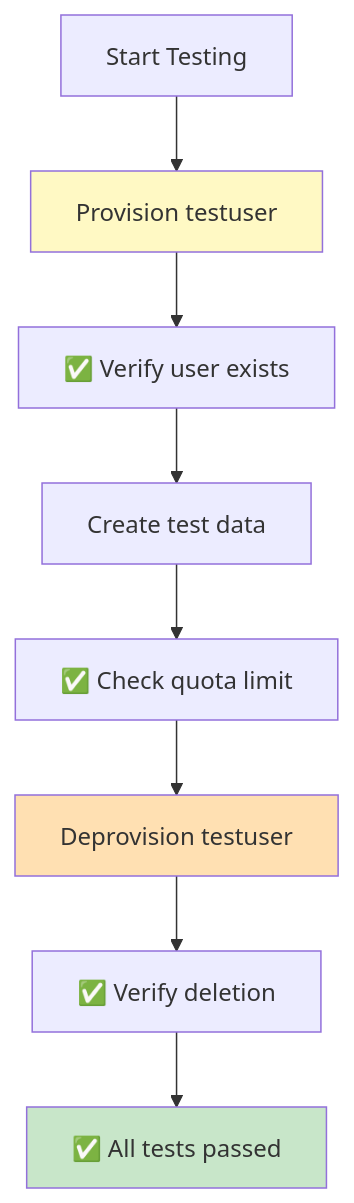
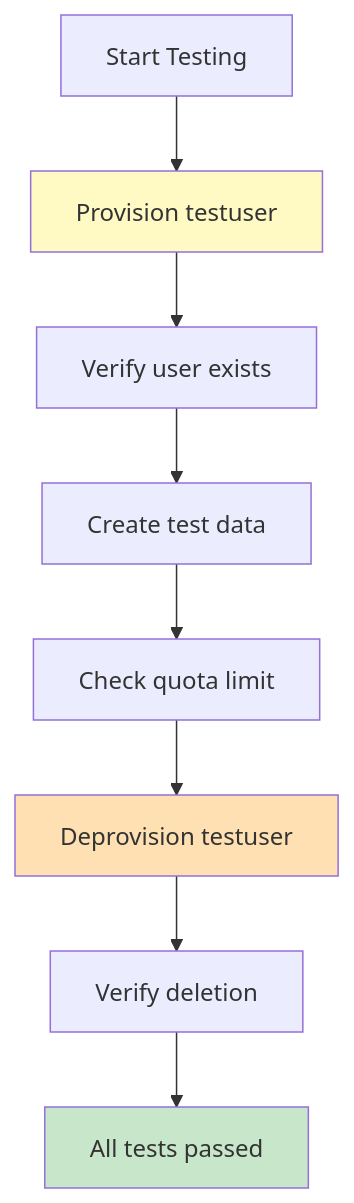
The fifth of 5 diagrams in README.md (aaronwittchen/Automated-Storage-Provisioning-Tool), drawn with Mermaid before and after one commit. The commit also changed other lines of this file and 5 other files, not shown here.

````diff
--- a/README.md
+++ b/README.md
@@ -458,14 +458,14 @@
 ```mermaid
 graph TD
     A["Start Testing"] --> B["Provision testuser"]
-    B --> C["✅ Verify user exists"]
+    B --> C["Verify user exists"]
     C --> D["Create test data"]
-    D --> E["✅ Check quota limit"]
+    D --> E["Check quota limit"]
     E --> F["Deprovision testuser"]
-    F --> G["✅ Verify deletion"]
-    G --> H["✅ All tests passed"]
+    F --> G["Verify deletion"]
+    G --> H["All tests passed"]
     
     style H fill:#c8e6c9
     style B fill:#fff9c4
     style F fill:#ffe0b2
 ```
````
